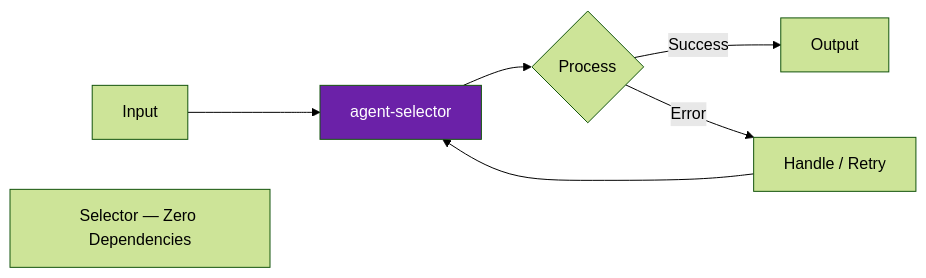
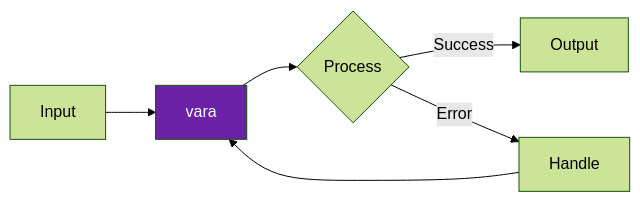
One commit to darshjme/agent-selector changed the diagram in README.md. Above: the diagram before and after it, drawn with Mermaid (forest theme). The commit also changed other lines of this file and 1 other file, not shown here.

First line of the commit message:
feat(vedic-v3): rename to vara (वर)

````diff
--- a/README.md
+++ b/README.md
@@ -48,10 +39,9 @@
 ```mermaid
 flowchart LR
-    A[Input] --> B[agent-selector]
+    A[Input] --> B[vara]
     B --> C{Process}
     C -- Success --> D[Output]
-    C -- Error --> E[Handle / Retry]
+    C -- Error --> E[Handle]
     E --> B
     style B fill:#6b21a8,color:#fff
-    note["Selector — Zero Dependencies"]
 ```
````
